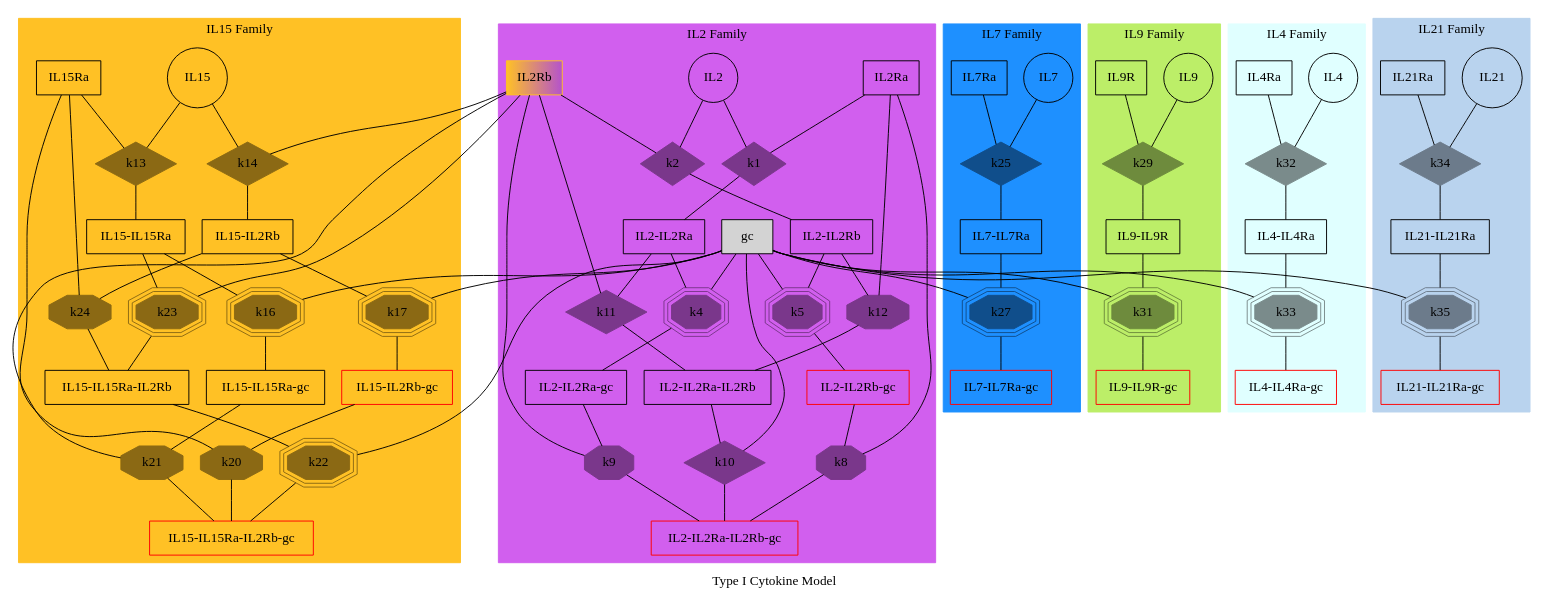
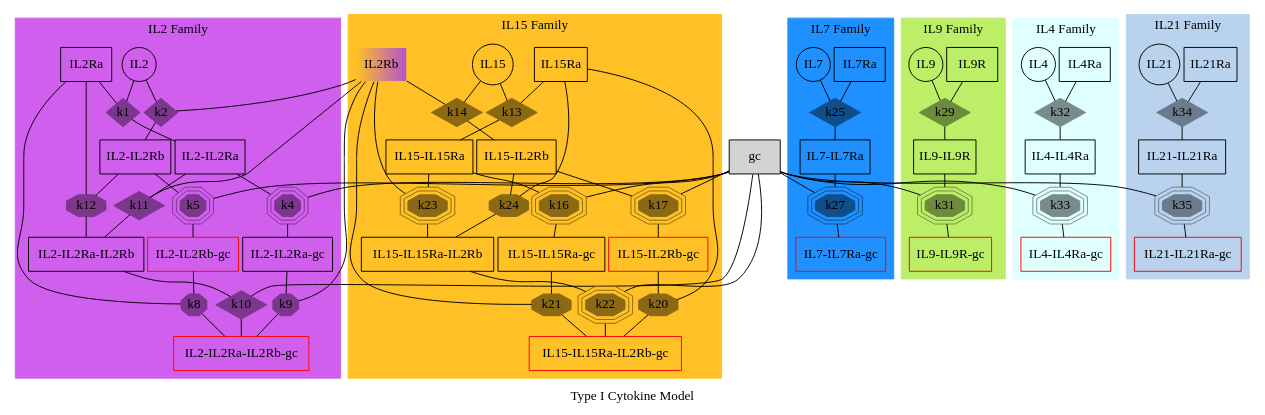
Before and after one commit to meyer-lab/gc-cytokines: the diagram in ckine/data/graph_all.gv, drawn with Graphviz. The commit also changed 6 other files, not shown here.

First line of the commit message:
Graphviz simplify (#180)

```diff
--- a/ckine/data/graph_all.gv
+++ b/ckine/data/graph_all.gv
@@ -1,224 +1,232 @@
-##"A few people in the field of genetics are using dot to draw "marriage node diagram"  pedigree drawings.  Here is one I have done of a test pedigree from the FTREE pedigree drawing package (Lion Share was a racehorse)." Contributed by David Duffy.
+digraph cgamma_cytok {
+    ratio = "compress";
+    label = "Type I Cytokine Model";
+    graph [pad=0, ranksep=0.2, nodesep=0.05];
 
-## Command to get the layout: "dot -Tpng thisfile > thisfile.png"
-## documentation can be found at https://graphviz.gitlab.io/documentation/
-
-digraph Ped_Lion_Share           {
-# page = "8.2677165,11.692913";
-ratio = "auto";
-mincross = 2.0;
-label = "Type I Cytokine Model";
-
-"IL2"   [shape=circle ];
-"IL2Ra" [shape=box   ];
-"IL2Rb" [shape=box, style=filled, color="goldenrod1:mediumorchid3"    ];
-"gc"    [shape=box, style=filled, BGCOLOR="white"  ];
-"IL2-IL2Ra" [shape=box];
-"IL2-IL2Rb" [shape=box];
-"IL2-IL2Ra" [shape=box];
-"IL2-IL2Ra" [shape=box];
-"IL2-IL2Ra-IL2Rb" [shape=box ];
-"IL2-IL2Ra-gc" [shape=box ];
-"IL2-IL2Rb-gc" [shape=box, color=red ];
-"IL2-IL2Ra-IL2Rb-gc" [shape=box, color=red ];
-
-"IL15"  [shape=circle];
-"IL15Ra"    [shape=box];
-"IL15-IL15Ra"   [shape=box];
-"IL15-IL2Rb"    [shape=box];
-"IL15-IL15Ra-IL2Rb" [shape=box];
-"IL15-IL15Ra-gc"    [shape=box];
-"IL15-IL2Rb-gc" [shape=box, color=red];
-"IL15-IL15Ra-IL2Rb-gc"  [shape=box, color=red];
-
-"IL7"   [shape=circle];
-"IL7Ra" [shape=box];
-"IL7-IL7Ra" [shape=box];
-"IL7-IL7Ra-gc"  [shape=box, color=red];
-
-"IL9"   [shape=circle];
-"IL9R" [shape=box    ];
-"IL9-IL9R" [shape=box];
-"IL9-IL9R-gc" [shape=box, color=red ];
-
-"IL4"   [shape=circle];
-"IL4Ra" [shape=box    ];
-"IL4-IL4Ra" [shape=box];
-"IL4-IL4Ra-gc" [shape=box, color=red ];
-
-"IL21"   [shape=circle];
-"IL21Ra" [shape=box    ];
-"IL21-IL21Ra" [shape=box];
-"IL21-IL21Ra-gc" [shape=box, color=red ];
-
-subgraph cluster_IL2 {
-    style=filled;
-	color=mediumorchid2;
-	node [style=filled,color=mediumorchid4];
-    label= "IL2 Family"
-
-    "k1" [shape=diamond,style=filled,height=.1,width=.1];
-    "IL2" -> "k1" [dir=none,weight=1];
-    "IL2Ra" -> "k1" [dir=none,weight=1];
-    "k1" -> "IL2-IL2Ra" [dir=none, weight=2];
-
-    "k2" [shape=diamond,style=filled,height=.1,width=.1];
-    "IL2" -> "k2" [dir=none,weight=1];
-    "IL2Rb" -> "k2" [dir=none,weight=1];
-    "k2" -> "IL2-IL2Rb" [dir=none, weight=2];
-
-    "k4" [shape=tripleoctagon,style=filled,height=.1,width=.1];
-    "IL2-IL2Ra" -> "k4" [dir=none,weight=1];
-    "gc" -> "k4" [dir=none,weight=1];
-    "k4" -> "IL2-IL2Ra-gc" [dir=none, weight=2];
-
-    "k5" [shape=tripleoctagon,style=filled,height=.1,width=.1];
-    "IL2-IL2Rb" -> "k5" [dir=none,weight=1];
-    "gc" -> "k5" [dir=none,weight=1];
-    "k5" -> "IL2-IL2Rb-gc" [dir=none, weight=2];
-
-    "k8" [shape=octagon,style=filled,height=.1,width=.1];
-    "IL2-IL2Rb-gc" -> "k8" [dir=none,weight=1];
-    "IL2Ra" -> "k8" [dir=none,weight=1];
-    "k8" -> "IL2-IL2Ra-IL2Rb-gc" [dir=none, weight=2];
-
-    "k9" [shape=octagon,style=filled,height=.1,width=.1];
-    "IL2-IL2Ra-gc" -> "k9" [dir=none,weight=1];
-    "IL2Rb" -> "k9" [dir=none,weight=1];
-    "k9" -> "IL2-IL2Ra-IL2Rb-gc" [dir=none, weight=2];
-
-    "k10" [shape=diamond,style=filled,height=.1,width=.1];
-    "IL2-IL2Ra-IL2Rb" -> "k10" [dir=none,weight=1];
-    "gc" -> "k10" [dir=none,weight=1];
-    "k10" -> "IL2-IL2Ra-IL2Rb-gc" [dir=none, weight=2];
-
-    "k11" [shape=diamond,style=filled,height=.1,width=.1];
-    "IL2-IL2Ra" -> "k11" [dir=none,weight=1];
-    "IL2Rb" -> "k11" [dir=none,weight=1];
-    "k11" -> "IL2-IL2Ra-IL2Rb" [dir=none, weight=2];
-
-    "k12" [shape=octagon,style=filled,height=.1,width=.1];
-    "IL2-IL2Rb" -> "k12" [dir=none,weight=1];
-    "IL2Ra" -> "k12" [dir=none,weight=1];
-    "k12" -> "IL2-IL2Ra-IL2Rb" [dir=none, weight=2];
-}
-
-subgraph cluster_IL15 {
-    style=filled;
-	color=goldenrod1;
-	node [style=filled,color=goldenrod4];
-    label= "IL15 Family"
-
-    "k13" [shape=diamond,style=filled,height=.1,width=.1];
-    "IL15" -> "k13" [dir=none,weight=1];
-    "IL15Ra" -> "k13" [dir=none,weight=1];
-    "k13" -> "IL15-IL15Ra" [dir=none, weight=2];
-
-    "k14" [shape=diamond,style=filled,height=.1,width=.1];
-    "IL15" -> "k14" [dir=none,weight=1];
-    "IL2Rb" -> "k14" [dir=none,weight=1];
-    "k14" -> "IL15-IL2Rb" [dir=none, weight=2];
-
-    "k16" [shape=tripleoctagon,style=filled,height=.1,width=.1];
-    "IL15-IL15Ra" -> "k16" [dir=none,weight=1];
-    "gc" -> "k16" [dir=none,weight=1];
-    "k16" -> "IL15-IL15Ra-gc" [dir=none, weight=2];
-
-    "k17" [shape=tripleoctagon,style=filled,height=.1,width=.1];
-    "IL15-IL2Rb" -> "k17" [dir=none,weight=1];
-    "gc" -> "k17" [dir=none,weight=1];
-    "k17" -> "IL15-IL2Rb-gc" [dir=none, weight=2];
-
-    "k20" [shape=octagon,style=filled,height=.1,width=.1];
-    "IL15-IL2Rb-gc" -> "k20" [dir=none,weight=1];
-    "IL15Ra" -> "k20" [dir=none,weight=1];
-    "k20" -> "IL15-IL15Ra-IL2Rb-gc" [dir=none, weight=2];
-
-    "k21" [shape=octagon,style=filled,height=.1,width=.1];
-    "IL15-IL15Ra-gc" -> "k21" [dir=none,weight=1];
-    "IL2Rb" -> "k21" [dir=none,weight=1];
-    "k21" -> "IL15-IL15Ra-IL2Rb-gc" [dir=none, weight=2];
-
-    "k22" [shape=tripleoctagon,style=filled,height=.1,width=.1];
-    "IL15-IL15Ra-IL2Rb" -> "k22" [dir=none,weight=1];
-    "gc" -> "k22" [dir=none,weight=1];
-    "k22" -> "IL15-IL15Ra-IL2Rb-gc" [dir=none, weight=2];
-
-    "k23" [shape=tripleoctagon,style=filled,height=.1,width=.1];
-    "IL15-IL15Ra" -> "k23" [dir=none,weight=1];
-    "IL2Rb" -> "k23" [dir=none,weight=1];
-    "k23" -> "IL15-IL15Ra-IL2Rb" [dir=none, weight=2];
-
-    "k24" [shape=octagon,style=filled,height=.1,width=.1];
-    "IL15-IL2Rb" -> "k24" [dir=none,weight=1];
-    "IL15Ra" -> "k24" [dir=none,weight=1];
-    "k24" -> "IL15-IL15Ra-IL2Rb" [dir=none, weight=2];
+    subgraph specises {
+        node [margin=0.03];
+        rank="max";
+        "gc"    [shape=box, style=filled, BGCOLOR="white"];
     }
 
-subgraph cluster_IL7 {
-    style=filled;
-	color=dodgerblue;
-	node [style=filled,color=dodgerblue4];
-    label= "IL7 Family"
-    
-    "k25" [shape=diamond,style=filled,height=.1,width=.1];
-    "IL7" -> "k25" [dir=none,weight=1];
-    "IL7Ra" -> "k25" [dir=none,weight=1];
-    "k25" -> "IL7-IL7Ra" [dir=none, weight=2];
+    subgraph species {
+        node [margin=0.03];
 
-    "k27" [shape=tripleoctagon,style=filled,height=.1,width=.1];
-    "IL7-IL7Ra" -> "k27" [dir=none,weight=1];
-    "gc" -> "k27" [dir=none,weight=1];
-    "k27" -> "IL7-IL7Ra-gc" [dir=none, weight=2];
+        "IL2"   [shape=circle ];
+        "IL2Ra" [shape=box   ];
+        "IL2Rb" [shape=box, style=filled, color="goldenrod1:mediumorchid3"];
+        "IL2-IL2Ra" [shape=box];
+        "IL2-IL2Rb" [shape=box];
+        "IL2-IL2Ra" [shape=box];
+        "IL2-IL2Ra" [shape=box];
+        "IL2-IL2Ra-IL2Rb" [shape=box ];
+        "IL2-IL2Ra-gc" [shape=box ];
+        "IL2-IL2Rb-gc" [shape=box, color=red ];
+        "IL2-IL2Ra-IL2Rb-gc" [shape=box, color=red ];
+
+        "IL15"  [shape=circle];
+        "IL15Ra"    [shape=box];
+        "IL15-IL15Ra"   [shape=box];
+        "IL15-IL2Rb"    [shape=box];
+        "IL15-IL15Ra-IL2Rb" [shape=box];
+        "IL15-IL15Ra-gc"    [shape=box];
+        "IL15-IL2Rb-gc" [shape=box, color=red];
+        "IL15-IL15Ra-IL2Rb-gc"  [shape=box, color=red];
+
+        "IL7"   [shape=circle];
+        "IL7Ra" [shape=box];
+        "IL7-IL7Ra" [shape=box];
+        "IL7-IL7Ra-gc"  [shape=box, color=red];
+
+        "IL9"   [shape=circle];
+        "IL9R" [shape=box    ];
+        "IL9-IL9R" [shape=box];
+        "IL9-IL9R-gc" [shape=box, color=red ];
+
+        "IL4"   [shape=circle];
+        "IL4Ra" [shape=box    ];
+        "IL4-IL4Ra" [shape=box];
+        "IL4-IL4Ra-gc" [shape=box, color=red ];
+
+        "IL21"   [shape=circle];
+        "IL21Ra" [shape=box    ];
+        "IL21-IL21Ra" [shape=box];
+        "IL21-IL21Ra-gc" [shape=box, color=red ];
+    }
+
+    subgraph cluster_IL2 {
+        style=filled;
+    	color=mediumorchid2;
+    	node [style=filled,color=mediumorchid4, margin=0];
+        label= "IL2 Family"
+
+        "k1" [shape=diamond,style=filled,height=.1,width=.1];
+        "IL2" -> "k1" [dir=none,weight=1];
+        "IL2Ra" -> "k1" [dir=none,weight=1];
+        "k1" -> "IL2-IL2Ra" [dir=none, weight=2];
+
+        "k2" [shape=diamond,style=filled,height=.1,width=.1];
+        "IL2" -> "k2" [dir=none,weight=1];
+        "IL2Rb" -> "k2" [dir=none,weight=1];
+        "k2" -> "IL2-IL2Rb" [dir=none, weight=2];
+
+        "k4" [shape=tripleoctagon,style=filled,height=.1,width=.1];
+        "IL2-IL2Ra" -> "k4" [dir=none,weight=1];
+        "gc" -> "k4" [dir=none,weight=1];
+        "k4" -> "IL2-IL2Ra-gc" [dir=none, weight=2];
+
+        "k5" [shape=tripleoctagon,style=filled,height=.1,width=.1];
+        "IL2-IL2Rb" -> "k5" [dir=none,weight=1];
+        "gc" -> "k5" [dir=none,weight=1];
+        "k5" -> "IL2-IL2Rb-gc" [dir=none, weight=2];
+
+        "k8" [shape=octagon,style=filled,height=.1,width=.1];
+        "IL2-IL2Rb-gc" -> "k8" [dir=none,weight=1];
+        "IL2Ra" -> "k8" [dir=none,weight=1];
+        "k8" -> "IL2-IL2Ra-IL2Rb-gc" [dir=none, weight=2];
+
+        "k9" [shape=octagon,style=filled,height=.1,width=.1];
+        "IL2-IL2Ra-gc" -> "k9" [dir=none,weight=1];
+        "IL2Rb" -> "k9" [dir=none,weight=1];
+        "k9" -> "IL2-IL2Ra-IL2Rb-gc" [dir=none, weight=2];
+
+        "k10" [shape=diamond,style=filled,height=.1,width=.1];
+        "IL2-IL2Ra-IL2Rb" -> "k10" [dir=none,weight=1];
+        "gc" -> "k10" [dir=none,weight=1];
+        "k10" -> "IL2-IL2Ra-IL2Rb-gc" [dir=none, weight=2];
+
+        "k11" [shape=diamond,style=filled,height=.1,width=.1];
+        "IL2-IL2Ra" -> "k11" [dir=none,weight=1];
+        "IL2Rb" -> "k11" [dir=none,weight=1];
+        "k11" -> "IL2-IL2Ra-IL2Rb" [dir=none, weight=2];
+
+        "k12" [shape=octagon,style=filled,height=.1,width=.1];
+        "IL2-IL2Rb" -> "k12" [dir=none,weight=1];
+        "IL2Ra" -> "k12" [dir=none,weight=1];
+        "k12" -> "IL2-IL2Ra-IL2Rb" [dir=none, weight=2];
+    }
+
+    subgraph cluster_IL15 {
+        style=filled;
+    	color=goldenrod1;
+    	node [style=filled,color=goldenrod4, margin=0];
+        edge [dir=none, weight=1];
+        label= "IL15 Family"
+
+        "k13" [shape=diamond,style=filled,height=.1,width=.1];
+        "IL15" -> "k13";
+        "IL15Ra" -> "k13";
+        "k13" -> "IL15-IL15Ra";
+
+        "k14" [shape=diamond,style=filled,height=.1,width=.1];
+        "IL15" -> "k14";
+        "IL2Rb" -> "k14";
+        "k14" -> "IL15-IL2Rb";
+
+        "k16" [shape=tripleoctagon,style=filled,height=.1,width=.1];
+        "IL15-IL15Ra" -> "k16";
+        "gc" -> "k16";
+        "k16" -> "IL15-IL15Ra-gc";
+
+        "k17" [shape=tripleoctagon,style=filled,height=.1,width=.1];
+        "IL15-IL2Rb" -> "k17";
+        "gc" -> "k17";
+        "k17" -> "IL15-IL2Rb-gc";
+
+        "k20" [shape=octagon,style=filled,height=.1,width=.1];
+        "IL15-IL2Rb-gc" -> "k20";
+        "IL15Ra" -> "k20";
+        "k20" -> "IL15-IL15Ra-IL2Rb-gc";
+
+        "k21" [shape=octagon,style=filled,height=.1,width=.1];
+        "IL15-IL15Ra-gc" -> "k21";
+        "IL2Rb" -> "k21";
+        "k21" -> "IL15-IL15Ra-IL2Rb-gc";
+
+        "k22" [shape=tripleoctagon,style=filled,height=.1,width=.1];
+        "IL15-IL15Ra-IL2Rb" -> "k22";
+        "gc" -> "k22";
+        "k22" -> "IL15-IL15Ra-IL2Rb-gc";
+
+        "k23" [shape=tripleoctagon,style=filled,height=.1,width=.1];
+        "IL15-IL15Ra" -> "k23";
+        "IL2Rb" -> "k23";
+        "k23" -> "IL15-IL15Ra-IL2Rb";
+
+        "k24" [shape=octagon,style=filled,height=.1,width=.1];
+        "IL15-IL2Rb" -> "k24";
+        "IL15Ra" -> "k24";
+        "k24" -> "IL15-IL15Ra-IL2Rb";
+        }
+
+    subgraph cluster_IL7 {
+        style=filled;
+    	color=dodgerblue;
+    	node [style=filled,color=dodgerblue4, margin=0];
+        edge [dir=none, weight=1];
+        label= "IL7 Family"
+        
+        "k25" [shape=diamond,style=filled,height=.1,width=.1];
+        "IL7" -> "k25";
+        "IL7Ra" -> "k25";
+        "k25" -> "IL7-IL7Ra";
+
+        "k27" [shape=tripleoctagon,style=filled,height=.1,width=.1];
+        "IL7-IL7Ra" -> "k27";
+        "gc" -> "k27";
+        "k27" -> "IL7-IL7Ra-gc";
+    }
+
+    subgraph cluster_IL9 {
+        style=filled;
+    	color=darkolivegreen2;
+    	node [style=filled,color=darkolivegreen4, margin=0];
+        edge [dir=none, weight=1];
+        label= "IL9 Family"
+        
+        "k29" [shape=diamond, style=filled, height=.1, width=.1];
+        "IL9" -> "k29";
+        "IL9R" -> "k29";
+        "k29" -> "IL9-IL9R";
+
+        "k31" [shape=tripleoctagon,style=filled,height=.1,width=.1];
+        "IL9-IL9R" -> "k31";
+        "gc" -> "k31";
+        "k31" -> "IL9-IL9R-gc";
+    }
+
+    subgraph cluster_IL4 {
+        style=filled;
+    	color=lightcyan;
+    	node [style=filled, color=lightcyan4, margin=0];
+        edge [dir=none, weight=1];
+        label= "IL4 Family"
+        
+        "k32" [shape=diamond, style=filled, height=0.1, width=0.1];
+        "IL4" -> "k32";
+        "IL4Ra" -> "k32";
+        "k32" -> "IL4-IL4Ra";
+
+        "k33" [shape=tripleoctagon,style=filled,height=.1,width=.1];
+        "IL4-IL4Ra" -> "k33";
+        "gc" -> "k33";
+        "k33" -> "IL4-IL4Ra-gc";
+    }
+    subgraph cluster_IL21 {
+        style=filled;
+    	color=slategray2;
+    	node [style=filled, color=slategray4, margin=0];
+        edge [dir=none, weight=1];
+        label= "IL21 Family"
+        
+        "k34" [shape=diamond,style=filled,height=.1,width=.1];
+        "IL21" -> "k34";
+        "IL21Ra" -> "k34";
+        "k34" -> "IL21-IL21Ra";
+
+        "k35" [shape=tripleoctagon,style=filled, height=.1, width=.1];
+        "IL21-IL21Ra" -> "k35";
+        "gc" -> "k35";
+        "k35" -> "IL21-IL21Ra-gc";
+    }
 }
-
-subgraph cluster_IL9 {
-    style=filled;
-	color=darkolivegreen2;
-	node [style=filled,color=darkolivegreen4];
-    label= "IL9 Family"
-    
-    "k29" [shape=diamond,style=filled,height=.1,width=.1];
-    "IL9" -> "k29" [dir=none,weight=1];
-    "IL9R" -> "k29" [dir=none,weight=1];
-    "k29" -> "IL9-IL9R" [dir=none, weight=2];
-
-    "k31" [shape=tripleoctagon,style=filled,height=.1,width=.1];
-    "IL9-IL9R" -> "k31" [dir=none,weight=1];
-    "gc" -> "k31" [dir=none,weight=1];
-    "k31" -> "IL9-IL9R-gc" [dir=none, weight=2];
-}
-
-subgraph cluster_IL4 {
-    style=filled;
-	color=lightcyan;
-	node [style=filled,color=lightcyan4];
-    label= "IL4 Family"
-    
-    "k32" [shape=diamond,style=filled,height=.1,width=.1];
-    "IL4" -> "k32" [dir=none,weight=1];
-    "IL4Ra" -> "k32" [dir=none,weight=1];
-    "k32" -> "IL4-IL4Ra" [dir=none, weight=2];
-
-    "k33" [shape=tripleoctagon,style=filled,height=.1,width=.1];
-    "IL4-IL4Ra" -> "k33" [dir=none,weight=1];
-    "gc" -> "k33" [dir=none,weight=1];
-    "k33" -> "IL4-IL4Ra-gc" [dir=none, weight=2];
-}
-subgraph cluster_IL21 {
-    style=filled;
-	color=slategray2;
-	node [style=filled,color=slategray4];
-    label= "IL21 Family"
-    
-    "k34" [shape=diamond,style=filled,height=.1,width=.1];
-    "IL21" -> "k34" [dir=none,weight=1];
-    "IL21Ra" -> "k34" [dir=none,weight=1];
-    "k34" -> "IL21-IL21Ra" [dir=none, weight=2];
-
-    "k35" [shape=tripleoctagon,style=filled,height=.1,width=.1];
-    "IL21-IL21Ra" -> "k35" [dir=none,weight=1];
-    "gc" -> "k35" [dir=none,weight=1];
-    "k35" -> "IL21-IL21Ra-gc" [dir=none, weight=2];
-}
-}
```
